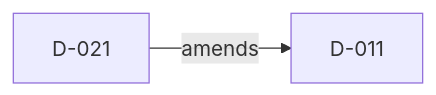
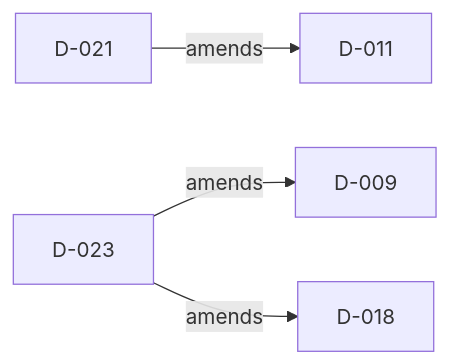
Before and after one commit to doka-labs/Doka.EntityFrameworkCore.MySql: the diagram in docs/decisions/README.md, drawn with Mermaid. The commit also changed other lines of this file and 15 other files, not shown here.

````diff
--- a/docs/decisions/README.md
+++ b/docs/decisions/README.md
@@ -35,4 +36,6 @@
 ```mermaid
 flowchart LR
   D_021["D-021"] -->|"amends"| D_011["D-011"]
+  D_023["D-023"] -->|"amends"| D_009["D-009"]
+  D_023["D-023"] -->|"amends"| D_018["D-018"]
 ```
````
